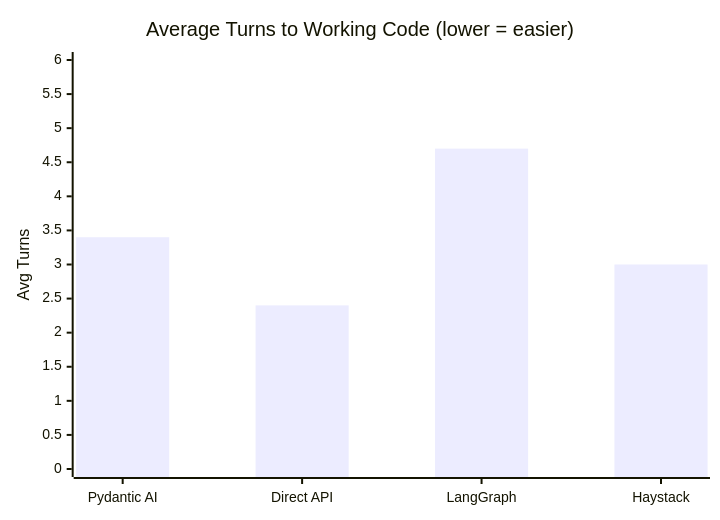
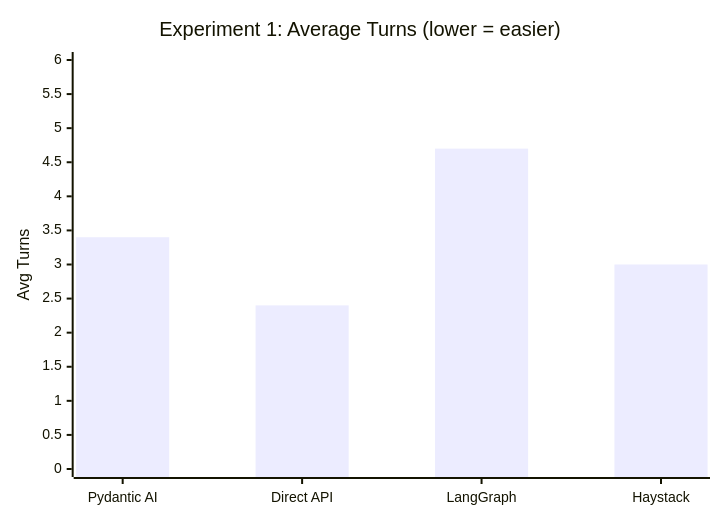
Diagram 12 of 16 in framework_comparison.md (srepho/dory), drawn with Mermaid before and after one commit. The commit also changed other lines of this file and 3 other files, not shown here.

````diff
--- a/framework_comparison.md
+++ b/framework_comparison.md
@@ -1706,7 +1744,7 @@
 ```mermaid
 xychart-beta
-    title "Average Turns to Working Code (lower = easier)"
+    title "Experiment 1: Average Turns (lower = easier)"
     x-axis ["Pydantic AI", "Direct API", LangGraph, Haystack]
     y-axis "Avg Turns" 0 --> 6
     bar [3.4, 2.4, 4.7, 3.0]
 ```
````
